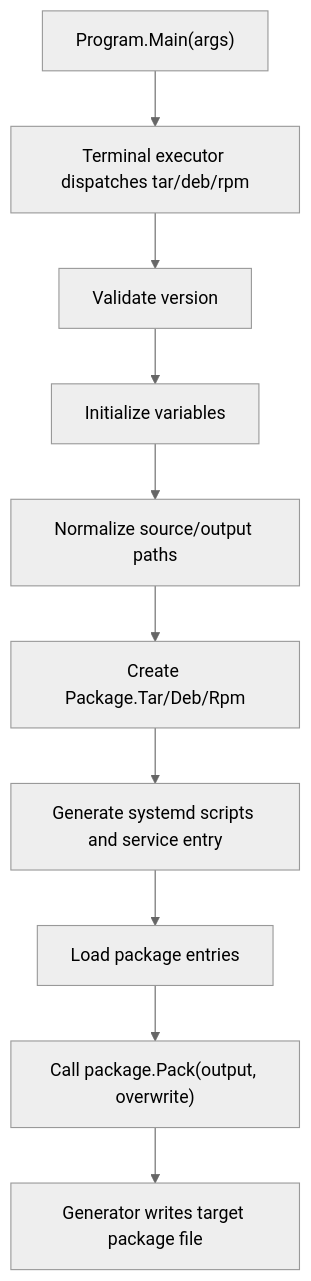
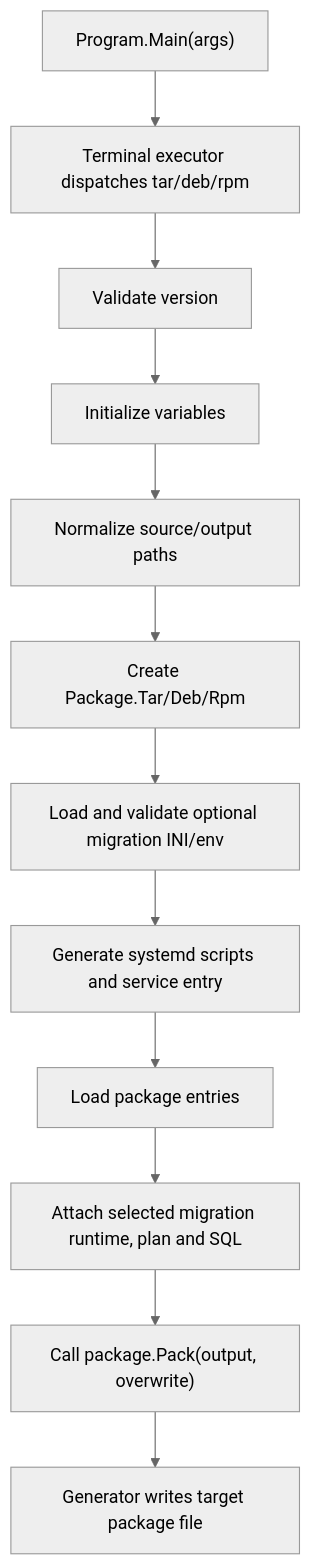
One commit to Zongsoft/tools changed the diagram in packager/docs/implementation.md. Above: the diagram before and after it, drawn with Mermaid (neutral theme). The commit also changed other lines of this file and 75 other files, not shown here.

````diff
--- a/packager/docs/implementation.md
+++ b/packager/docs/implementation.md
@@ -54,12 +57,14 @@
 ```mermaid
 flowchart TD
     A["Program.Main(args)"] --> B["Terminal executor dispatches tar/deb/rpm"]
     B --> C["Validate version"]
     C --> D["Initialize variables"]
     D --> E["Normalize source/output paths"]
     E --> F["Create Package.Tar/Deb/Rpm"]
-    F --> G["Generate systemd scripts and service entry"]
+    F --> M["Load and validate optional migration INI/env"]
+    M --> G["Generate systemd scripts and service entry"]
     G --> H["Load package entries"]
-    H --> I["Call package.Pack(output, overwrite)"]
+    H --> N["Attach selected migration runtime, plan and SQL"]
+    N --> I["Call package.Pack(output, overwrite)"]
     I --> J["Generator writes target package file"]
 ```
````
